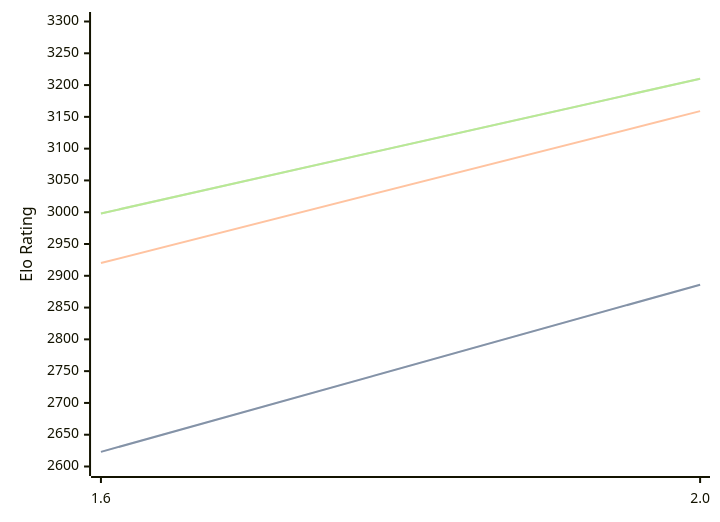
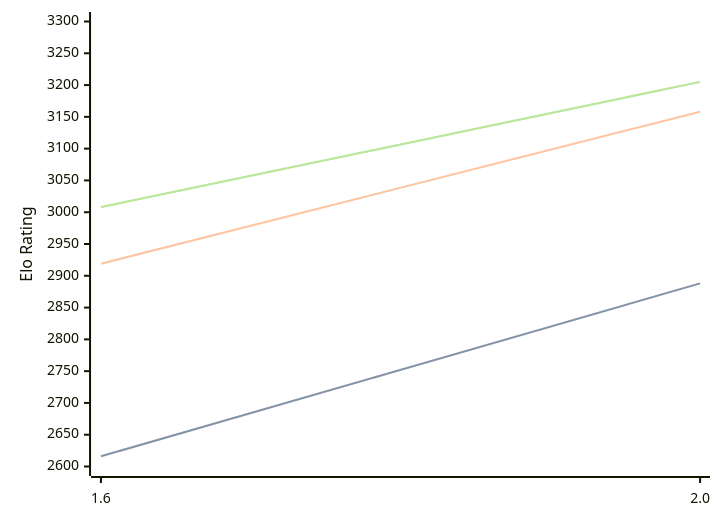
Before and after one commit to computer-chess-index/cci: the first of 3 diagrams in engines/Onyx.md, drawn with Mermaid. The commit also changed other lines of this file, not shown here.

Commit message:
Update CCI Ratings (ELO VLTC) - 2026-07-18

````diff
--- a/engines/Onyx.md
+++ b/engines/Onyx.md
@@ -32,11 +32,11 @@
 ```mermaid
 %%{init: {"theme":"base","themeVariables":{"seriesColors:['#a3a3a3','#222221','#faa371']}}}%%
 xychart-beta
   x-axis ["1.6", "2.0"]
   y-axis "Elo Rating" 2600 --> 3300
-  line "STC (8.0+0.08s)" [2623, 2886]
-  line "STC (8.0+0.08s)" [2623, 2886]
-  line "LTC (60.0+0.60s)" [2920, 3159]
-  line "VLTC (2m24s+1.12s)" [2998, 3210]
-  line "VLTC (2m24s+1.12s)" [2998, 3210]
+  line "STC (8.0+0.08s)" [2616, 2888]
+  line "STC (8.0+0.08s)" [2616, 2888]
+  line "LTC (60.0+0.60s)" [2919, 3158]
+  line "VLTC (2m24s+1.12s)" [3008, 3205]
+  line "VLTC (2m24s+1.12s)" [3008, 3205]
 ```
````
